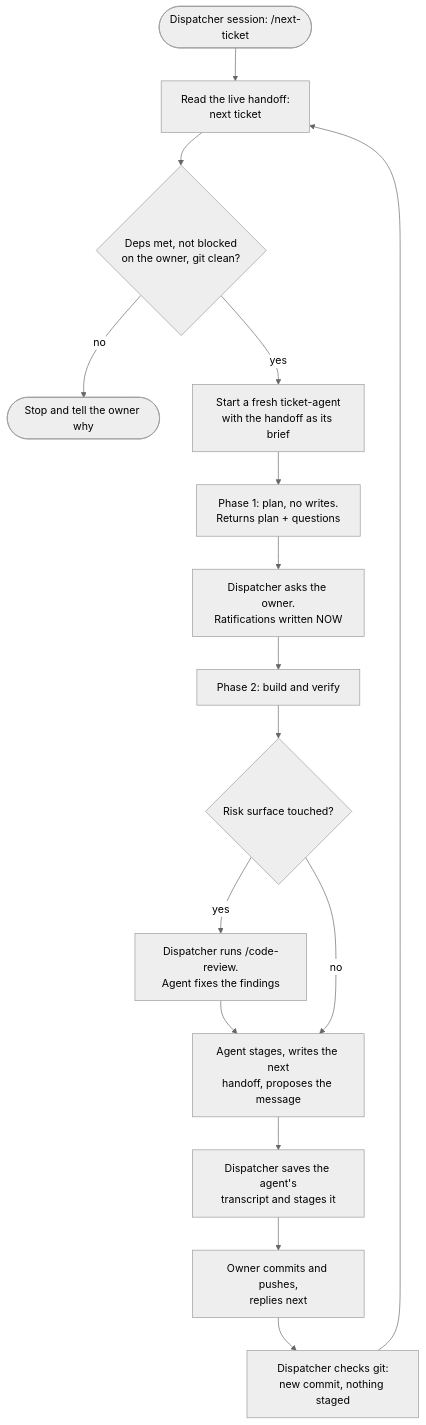
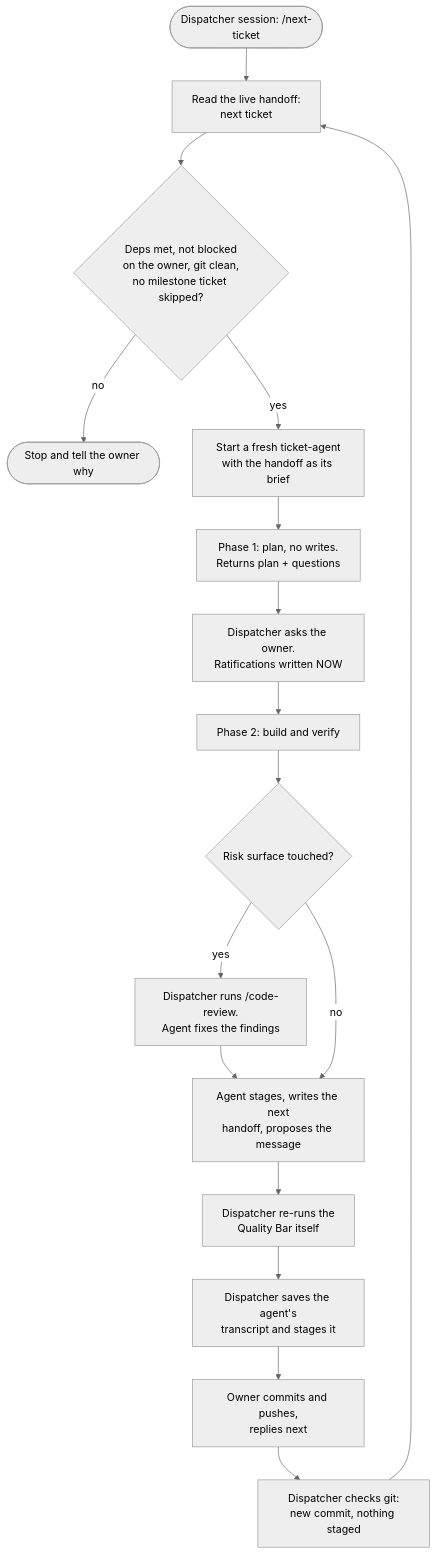
One commit to FNF60/Claude-Starter-Kit changed the second of 4 diagrams in WORKFLOW.md. Above: the diagram before and after it, drawn with Mermaid (neutral theme). The commit also changed other lines of this file and 6 other files, not shown here.

Commit message:
Dispatch mode verified in use: carried back agent rotation, review of untracked files, the whole-milestone check and the dispatcher's own Quality Bar run; fixed the git-guardrails live probe for stage-only projects; added a .gitignore; changelog with the evidence and what is still unverified

````diff
--- a/WORKFLOW.md
+++ b/WORKFLOW.md
@@ -103,18 +103,19 @@
 ```mermaid
 flowchart TD
     A([Dispatcher session: /next-ticket]) --> B[Read the live handoff:<br/>next ticket]
-    B --> C{Deps met, not blocked<br/>on the owner, git clean?}
+    B --> C{Deps met, not blocked<br/>on the owner, git clean,<br/>no milestone ticket skipped?}
     C -- no --> X([Stop and tell the owner why])
     C -- yes --> D[Start a fresh ticket-agent<br/>with the handoff as its brief]
     D --> E[Phase 1: plan, no writes.<br/>Returns plan + questions]
     E --> F[Dispatcher asks the owner.<br/>Ratifications written NOW]
     F --> G[Phase 2: build and verify]
     G --> H{Risk surface touched?}
     H -- yes --> I[Dispatcher runs /code-review.<br/>Agent fixes the findings]
     I --> J
     H -- no --> J[Agent stages, writes the next<br/>handoff, proposes the message]
-    J --> T[Dispatcher saves the agent's<br/>transcript and stages it]
+    J --> V[Dispatcher re-runs the<br/>Quality Bar itself]
+    V --> T[Dispatcher saves the agent's<br/>transcript and stages it]
     T --> K[Owner commits and pushes,<br/>replies next]
     K --> L[Dispatcher checks git:<br/>new commit, nothing staged]
     L --> B
 ```
````
